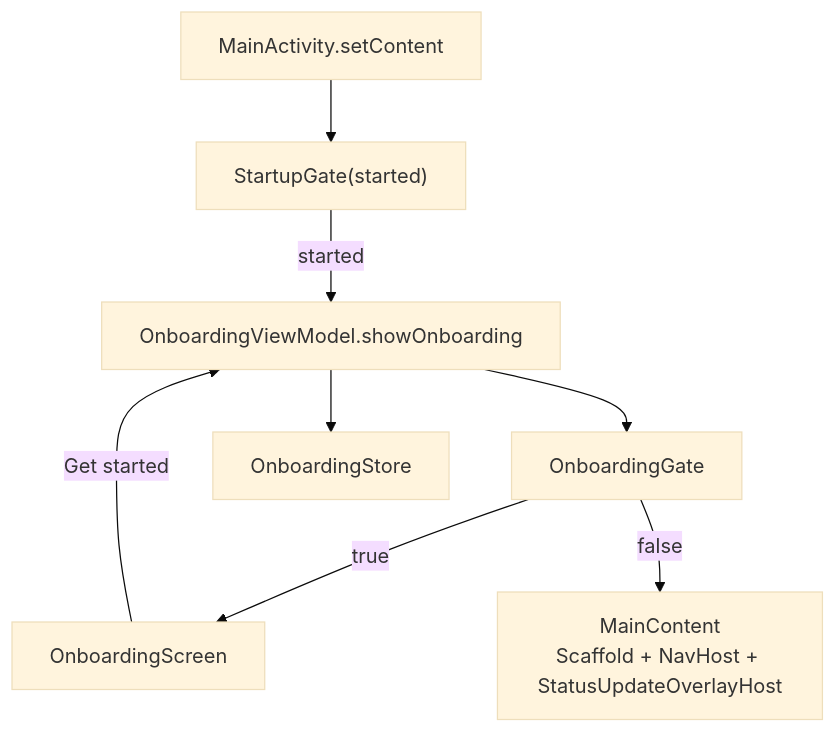
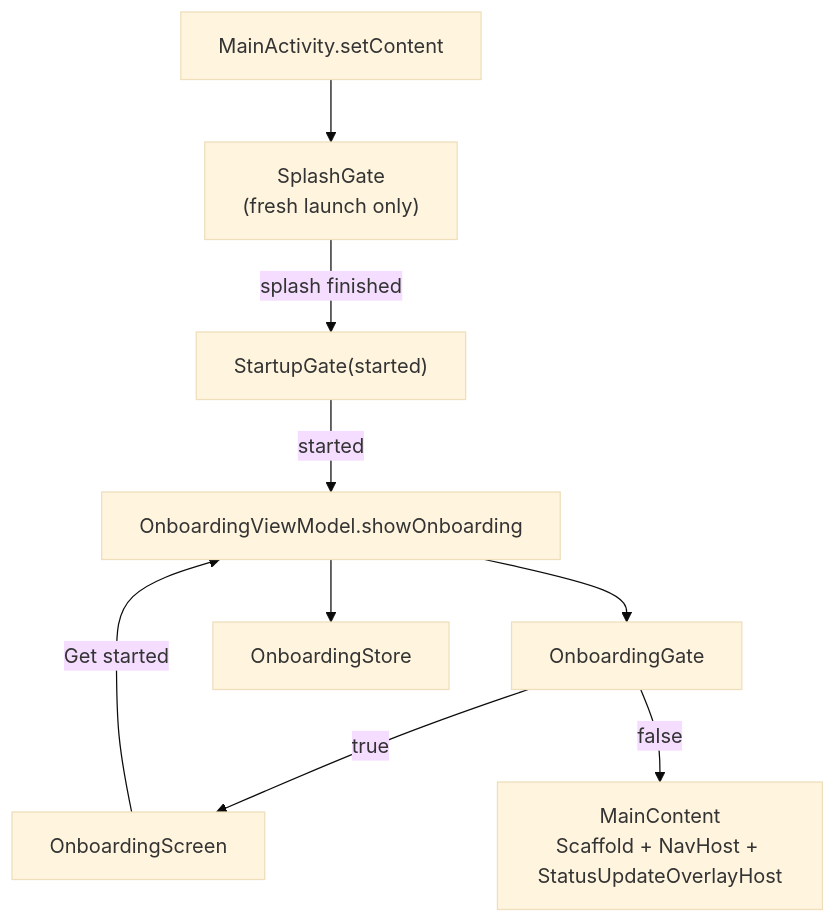
One commit to jaustinjr-code/employee-attendance-android changed the diagram in docs/features/onboarding.md. Above: the diagram before and after it, drawn with Mermaid (base theme). The commit also changed other lines of this file and 105 other files, not shown here.

````diff
--- a/docs/features/onboarding.md
+++ b/docs/features/onboarding.md
@@ -39,10 +39,11 @@
 ```mermaid
 graph TB
-    MA["MainActivity.setContent"] --> SG["StartupGate(started)"]
+    MA["MainActivity.setContent"] --> SPG["SplashGate<br/>(fresh launch only)"]
+    SPG -->|splash finished| SG["StartupGate(started)"]
     SG -->|started| OVM["OnboardingViewModel.showOnboarding"]
     OVM --> OG["OnboardingGate"]
     OG -->|true| OS["OnboardingScreen"]
     OG -->|false| MC["MainContent<br/>Scaffold + NavHost + StatusUpdateOverlayHost"]
     OS -->|Get started| OVM
     OVM --> STORE["OnboardingStore"]
 ```
````
